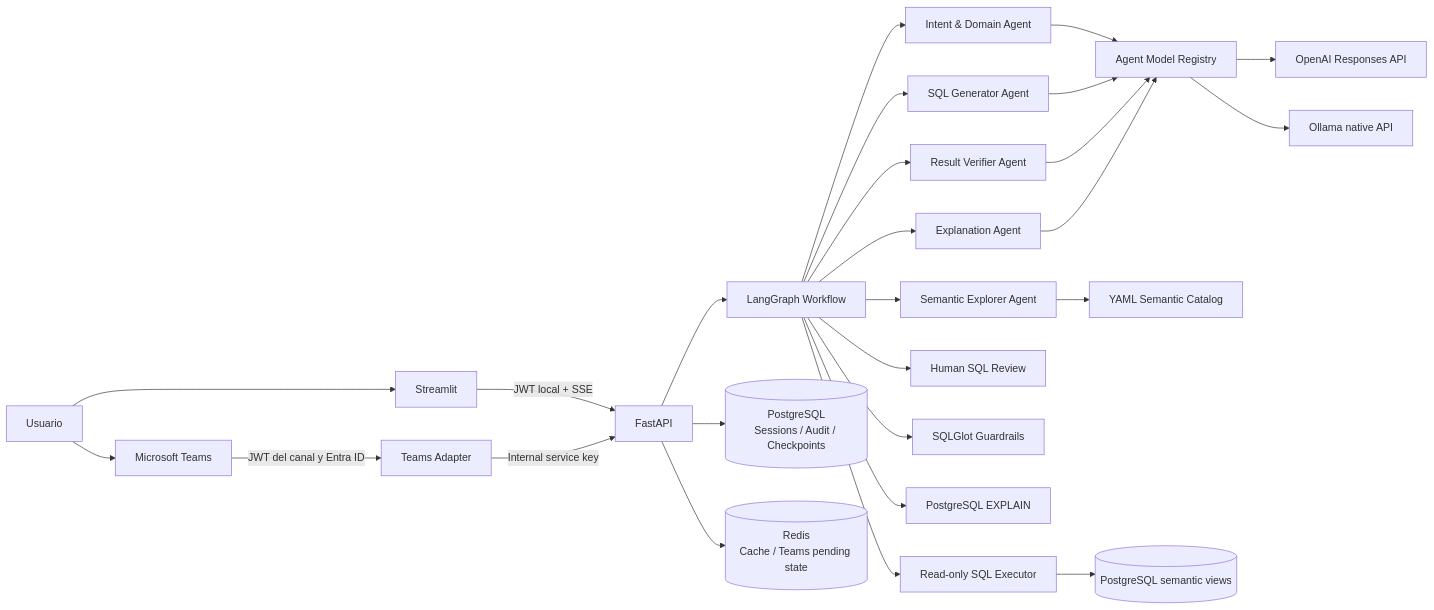
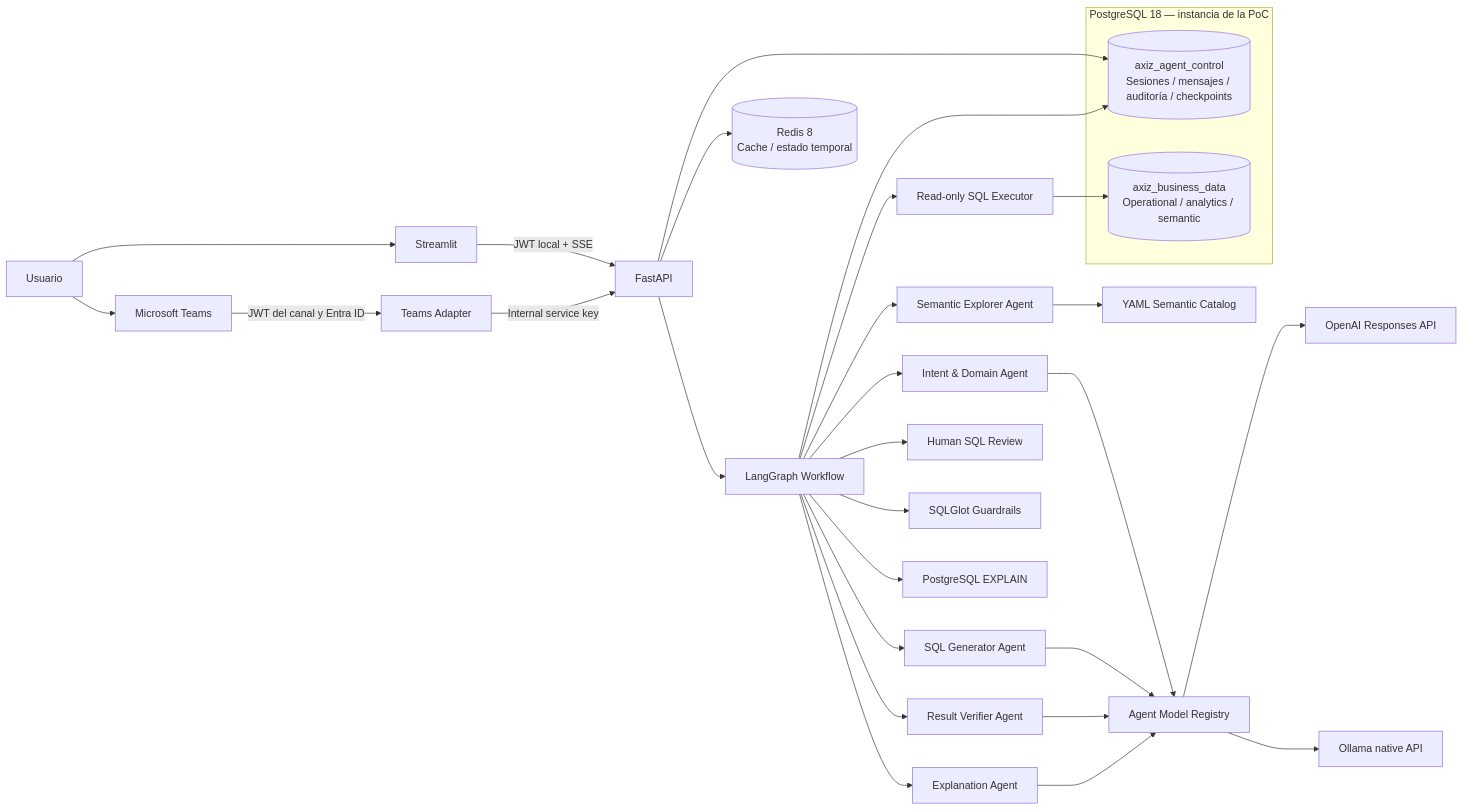
The first of 4 diagrams in README.md (edgarrth/multiagente-sql-reporter), drawn with Mermaid before and after one commit. The commit also changed other lines of this file and 28 other files, not shown here.

````diff
--- a/README.md
+++ b/README.md
@@ -46,32 +52,41 @@
 ```mermaid
 flowchart LR
     U[Usuario] --> ST[Streamlit]
     U --> TM[Microsoft Teams]
     ST -->|JWT local + SSE| API[FastAPI]
     TM -->|JWT del canal y Entra ID| TA[Teams Adapter]
     TA -->|Internal service key| API
 
     API --> LG[LangGraph Workflow]
     LG --> IA[Intent & Domain Agent]
     LG --> SA[Semantic Explorer Agent]
     LG --> SQ[SQL Generator Agent]
     LG --> VA[Result Verifier Agent]
     LG --> EA[Explanation Agent]
 
     IA --> MR[Agent Model Registry]
     SQ --> MR
     VA --> MR
     EA --> MR
     MR --> OA[OpenAI Responses API]
     MR --> OL[Ollama native API]
 
     SA --> CAT[YAML Semantic Catalog]
     LG --> HITL[Human SQL Review]
     LG --> SG[SQLGlot Guardrails]
     LG --> CE[PostgreSQL EXPLAIN]
     LG --> EX[Read-only SQL Executor]
 
-    API --> PG[(PostgreSQL\nSessions / Audit / Checkpoints)]
-    API --> RD[(Redis\nCache / Teams pending state)]
-    EX --> SEM[(PostgreSQL semantic views)]
+    subgraph PG[PostgreSQL 18 — instancia de la PoC]
+        CTRL[(axiz_agent_control
+Sesiones / mensajes / auditoría / checkpoints)]
+        DATA[(axiz_business_data
+Operational / analytics / semantic)]
+    end
+
+    API --> CTRL
+    LG --> CTRL
+    EX --> DATA
+    API --> RD[(Redis 8
+Cache / estado temporal)]
 ```
````
